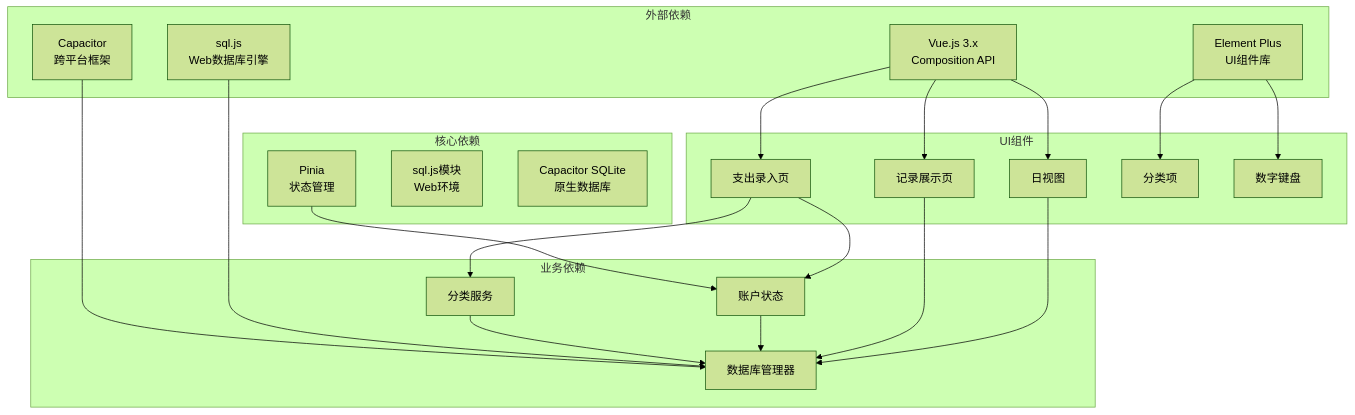
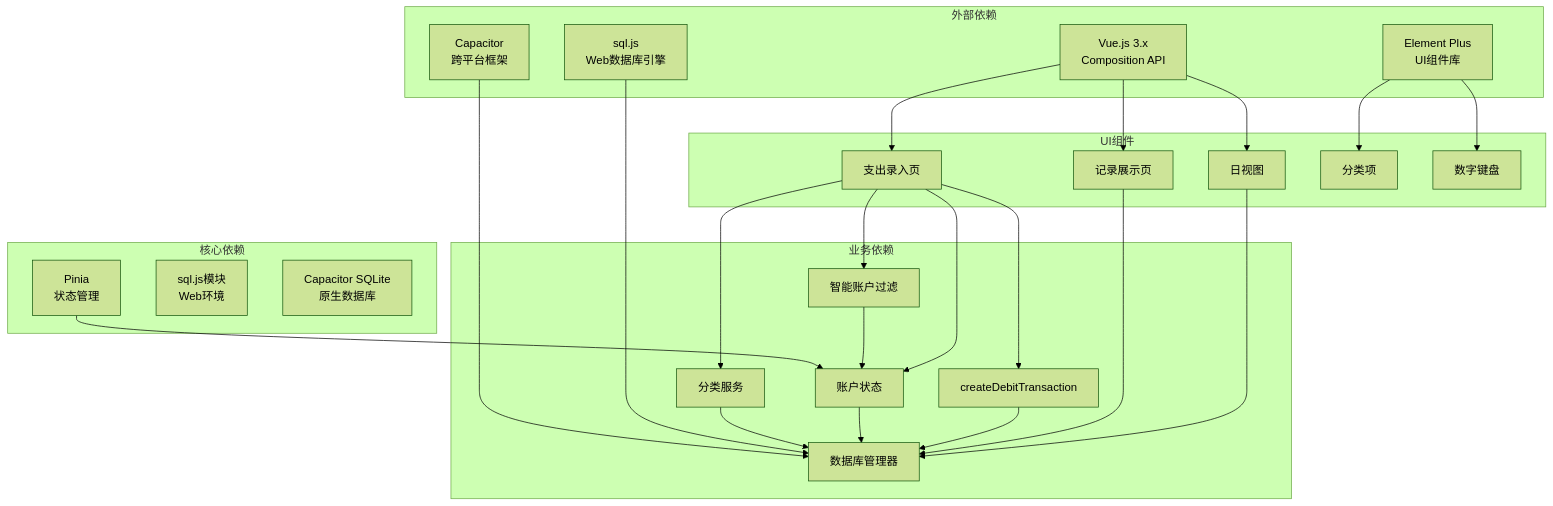
The tenth of 11 diagrams in .qoder/repowiki/zh/content/支出管理/支出记录管理.md (xiao-lin-unit/yuan), drawn with Mermaid (forest theme) before and after one commit. The commit also changed other lines of this file and 9 other files, not shown here.

````diff
--- a/.qoder/repowiki/zh/content/支出管理/支出记录管理.md
+++ b/.qoder/repowiki/zh/content/支出管理/支出记录管理.md
@@ -403,40 +476,46 @@
 ```mermaid
 graph TB
 subgraph "外部依赖"
 Vue[Vue.js 3.x<br/>Composition API]
 ElementPlus[Element Plus<br/>UI组件库]
 Capacitor[Capacitor<br/>跨平台框架]
 SqlJS[sql.js<br/>Web数据库引擎]
 end
 subgraph "核心依赖"
 Pinia[Pinia<br/>状态管理]
 SqlJsModule[sql.js模块<br/>Web环境]
 CapacitorSQLite[Capacitor SQLite<br/>原生数据库]
 end
 subgraph "业务依赖"
 CategoryService[分类服务]
 AccountStore[账户状态]
 DatabaseManager[数据库管理器]
+SmartAccountFilter[智能账户过滤]
+DebitTransactionService[createDebitTransaction]
 end
 subgraph "UI组件"
 AddExpensePage[支出录入页]
 ExpenseRecords[记录展示页]
 DailyExpense[日视图]
 CategoryItem[分类项]
 NumberKeypad[数字键盘]
 end
 Vue --> AddExpensePage
 Vue --> ExpenseRecords
 Vue --> DailyExpense
 ElementPlus --> CategoryItem
 ElementPlus --> NumberKeypad
 Pinia --> AccountStore
 Capacitor --> DatabaseManager
 SqlJS --> DatabaseManager
 CategoryService --> DatabaseManager
 AccountStore --> DatabaseManager
+SmartAccountFilter --> AccountStore
+DebitTransactionService --> DatabaseManager
 AddExpensePage --> CategoryService
 AddExpensePage --> AccountStore
+AddExpensePage --> SmartAccountFilter
+AddExpensePage --> DebitTransactionService
 ExpenseRecords --> DatabaseManager
 DailyExpense --> DatabaseManager
 ```
````
